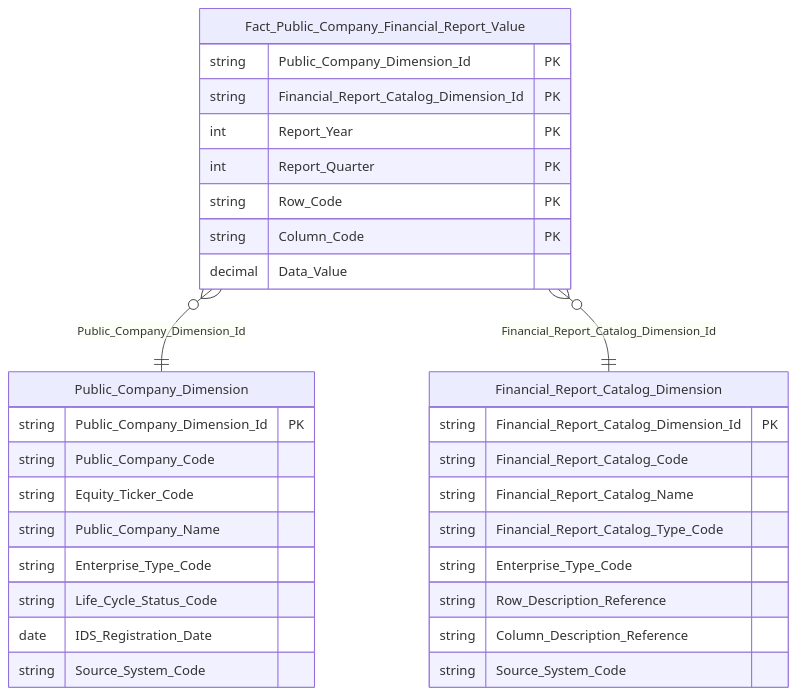
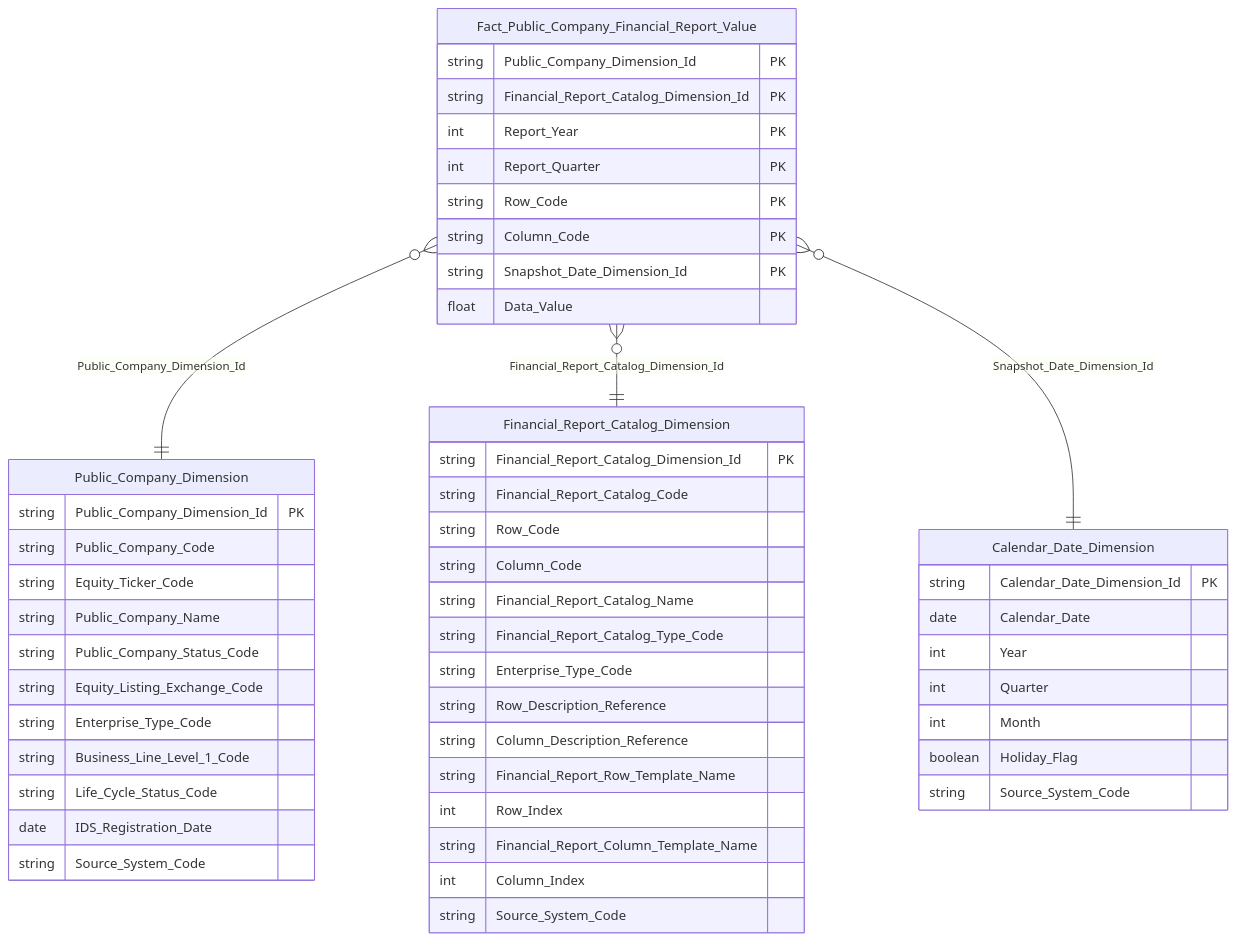
Diagram 25 of 55 in Datamart/hld/DTM_GSDC_HLD.md (linhlvit/ubck_atomic_design), drawn with Mermaid before and after one commit. The commit also changed other lines of this file and 42 other files, not shown here.

````diff
--- a/Datamart/hld/DTM_GSDC_HLD.md
+++ b/Datamart/hld/DTM_GSDC_HLD.md
@@ -719,37 +1111,58 @@
 ```mermaid
 erDiagram
     Fact_Public_Company_Financial_Report_Value {
         string Public_Company_Dimension_Id PK
         string Financial_Report_Catalog_Dimension_Id PK
         int Report_Year PK
         int Report_Quarter PK
         string Row_Code PK
         string Column_Code PK
-        decimal Data_Value
+        string Snapshot_Date_Dimension_Id PK
+        float Data_Value
     }
 
     Public_Company_Dimension {
         string Public_Company_Dimension_Id PK
         string Public_Company_Code
         string Equity_Ticker_Code
         string Public_Company_Name
+        string Public_Company_Status_Code
+        string Equity_Listing_Exchange_Code
         string Enterprise_Type_Code
+        string Business_Line_Level_1_Code
         string Life_Cycle_Status_Code
         date IDS_Registration_Date
         string Source_System_Code
     }
 
     Financial_Report_Catalog_Dimension {
         string Financial_Report_Catalog_Dimension_Id PK
         string Financial_Report_Catalog_Code
+        string Row_Code
+        string Column_Code
         string Financial_Report_Catalog_Name
         string Financial_Report_Catalog_Type_Code
         string Enterprise_Type_Code
         string Row_Description_Reference
         string Column_Description_Reference
+        string Financial_Report_Row_Template_Name
+        int Row_Index
+        string Financial_Report_Column_Template_Name
+        int Column_Index
+        string Source_System_Code
+    }
+
+    Calendar_Date_Dimension {
+        string Calendar_Date_Dimension_Id PK
+        date Calendar_Date
+        int Year
+        int Quarter
+        int Month
+        boolean Holiday_Flag
         string Source_System_Code
     }
 
     Fact_Public_Company_Financial_Report_Value }o--|| Public_Company_Dimension : "Public_Company_Dimension_Id"
     Fact_Public_Company_Financial_Report_Value }o--|| Financial_Report_Catalog_Dimension : "Financial_Report_Catalog_Dimension_Id"
+    Fact_Public_Company_Financial_Report_Value }o--|| Calendar_Date_Dimension : "Snapshot_Date_Dimension_Id"
 ```
````
